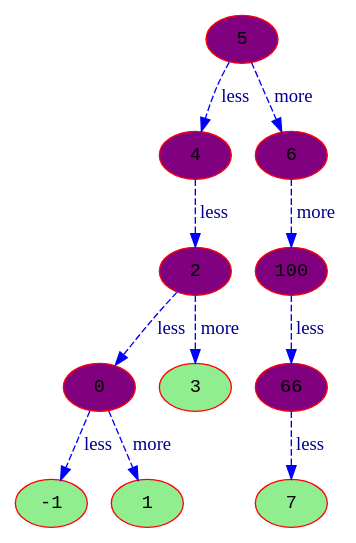
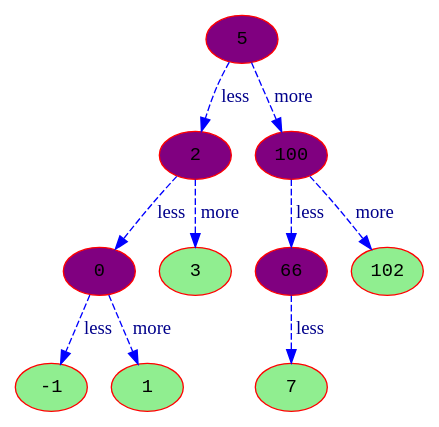
One commit to Hollbrok/System-Programming changed the diagram in 4 sem/Binary tree/dump/DUMP.dot. Above: the diagram before and after it, drawn with Graphviz. The commit also changed 1 other file, not shown here.

```diff
--- a/4 sem/Binary tree/dump/DUMP.dot
+++ b/4 sem/Binary tree/dump/DUMP.dot
@@ -1,25 +1,23 @@
 digraph name {
 node [color = Red, fontname = Courier, style = filled, shape=ellipse, fillcolor = purple]
 edge [color = Blue, style=dashed]
-"0x55651cff83a0" [label = "-1",style = filled, fillcolor = lightgreen] 
-"0x55651cff8380" -> "0x55651cff83a0" [label="less", fontcolor=darkblue]
-"0x55651cff8420" [label = "1",style = filled, fillcolor = lightgreen] 
-"0x55651cff8380" -> "0x55651cff8420" [label="more", fontcolor=darkblue]
-"0x55651cff8380" [label = "0",style = filled, fillcolor = purple] 
-"0x55651cff8300" -> "0x55651cff8380" [label="less", fontcolor=darkblue]
-"0x55651cff8320" [label = "3",style = filled, fillcolor = lightgreen] 
-"0x55651cff8300" -> "0x55651cff8320" [label="more", fontcolor=darkblue]
-"0x55651cff8300" [label = "2",style = filled, fillcolor = purple] 
-"0x55651cff82e0" -> "0x55651cff8300" [label="less", fontcolor=darkblue]
-"0x55651cff82e0" [label = "4",style = filled, fillcolor = purple] 
-"0x55651cff82c0" -> "0x55651cff82e0" [label="less", fontcolor=darkblue]
-"0x55651cff8400" [label = "7",style = filled, fillcolor = lightgreen] 
-"0x55651cff83e0" -> "0x55651cff8400" [label="less", fontcolor=darkblue]
-"0x55651cff83e0" [label = "66",style = filled, fillcolor = purple] 
-"0x55651cff8360" -> "0x55651cff83e0" [label="less", fontcolor=darkblue]
-"0x55651cff8360" [label = "100",style = filled, fillcolor = purple] 
-"0x55651cff8340" -> "0x55651cff8360" [label="more", fontcolor=darkblue]
-"0x55651cff8340" [label = "6",style = filled, fillcolor = purple] 
-"0x55651cff82c0" -> "0x55651cff8340" [label="more", fontcolor=darkblue]
-"0x55651cff82c0" [label = "5",style = filled, fillcolor = purple] 
-}
+"0x5610f6f4e3c0" [label = "-1",style = filled, fillcolor = lightgreen] 
+"0x5610f6f4e3a0" -> "0x5610f6f4e3c0" [label="less", fontcolor=darkblue]
+"0x5610f6f4e420" [label = "1",style = filled, fillcolor = lightgreen] 
+"0x5610f6f4e3a0" -> "0x5610f6f4e420" [label="more", fontcolor=darkblue]
+"0x5610f6f4e3a0" [label = "0",style = filled, fillcolor = purple] 
+"0x5610f6f4e300" -> "0x5610f6f4e3a0" [label="less", fontcolor=darkblue]
+"0x5610f6f4e320" [label = "3",style = filled, fillcolor = lightgreen] 
+"0x5610f6f4e300" -> "0x5610f6f4e320" [label="more", fontcolor=darkblue]
+"0x5610f6f4e300" [label = "2",style = filled, fillcolor = purple] 
+"0x5610f6f4e2c0" -> "0x5610f6f4e300" [label="less", fontcolor=darkblue]
+"0x5610f6f4e400" [label = "7",style = filled, fillcolor = lightgreen] 
+"0x5610f6f4e3e0" -> "0x5610f6f4e400" [label="less", fontcolor=darkblue]
+"0x5610f6f4e3e0" [label = "66",style = filled, fillcolor = purple] 
+"0x5610f6f4e360" -> "0x5610f6f4e3e0" [label="less", fontcolor=darkblue]
+"0x5610f6f4e380" [label = "102",style = filled, fillcolor = lightgreen] 
+"0x5610f6f4e360" -> "0x5610f6f4e380" [label="more", fontcolor=darkblue]
+"0x5610f6f4e360" [label = "100",style = filled, fillcolor = purple] 
+"0x5610f6f4e2c0" -> "0x5610f6f4e360" [label="more", fontcolor=darkblue]
+"0x5610f6f4e2c0" [label = "5",style = filled, fillcolor = purple] 
+}//
```
